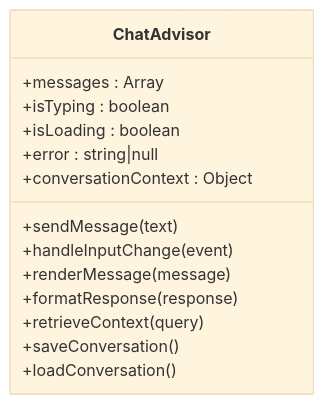
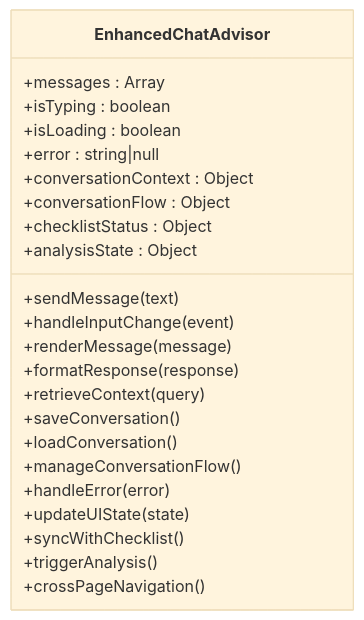
Before and after one commit to alibaba-hackathon-fsi/frontend-vaya: the third of 8 diagrams in .qoder/repowiki/en/content/Chat Interface/Chat Interface.md, drawn with Mermaid (base theme). The commit also changed other lines of this file and 36 other files, not shown here.

````diff
--- a/.qoder/repowiki/en/content/Chat Interface/Chat Interface.md
+++ b/.qoder/repowiki/en/content/Chat Interface/Chat Interface.md
@@ -191,17 +191,26 @@
 ```mermaid
 classDiagram
-class ChatAdvisor {
+class EnhancedChatAdvisor {
 +messages : Array
 +isTyping : boolean
 +isLoading : boolean
 +error : string|null
 +conversationContext : Object
++conversationFlow : Object
++checklistStatus : Object
++analysisState : Object
 +sendMessage(text)
 +handleInputChange(event)
 +renderMessage(message)
 +formatResponse(response)
 +retrieveContext(query)
 +saveConversation()
 +loadConversation()
++manageConversationFlow()
++handleError(error)
++updateUIState(state)
++syncWithChecklist()
++triggerAnalysis()
++crossPageNavigation()
 }
 ```
````
